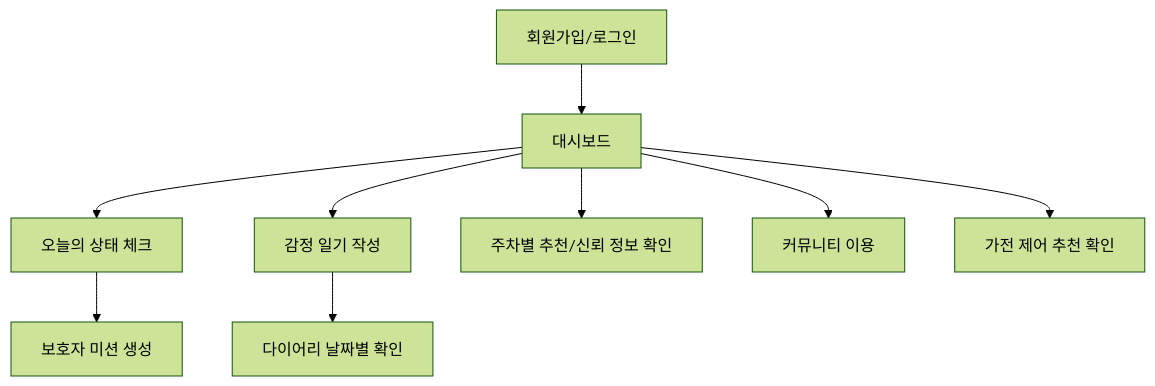
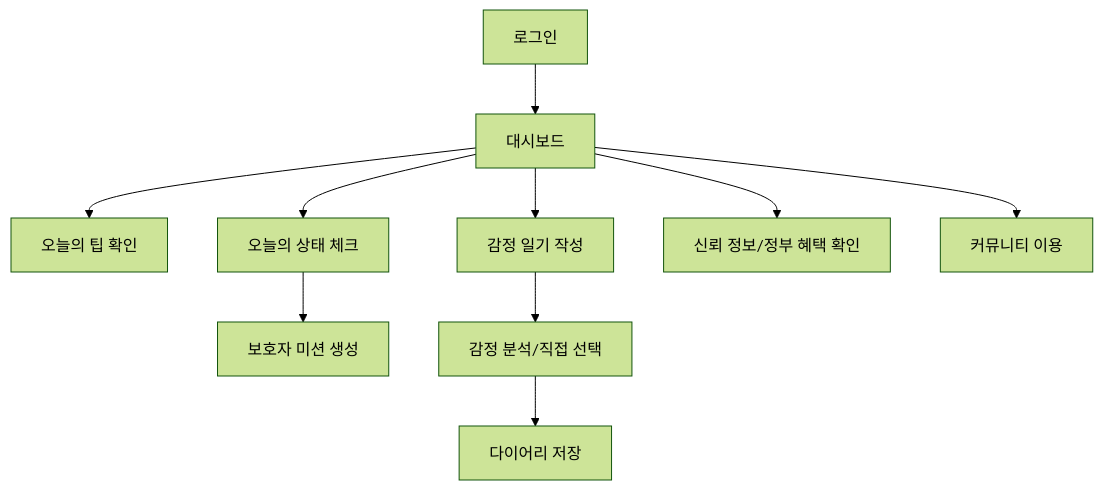
The first of 3 diagrams in 화면설계서_작성가이드.md (windycar/LG_E_DX_School-DX_Project), drawn with Mermaid (forest theme) before and after one commit. The commit also changed other lines of this file and 2 other files, not shown here.

````diff
--- a/화면설계서_작성가이드.md
+++ b/화면설계서_작성가이드.md
@@ -175,11 +238,12 @@
 ```mermaid
 flowchart TD
-    A["회원가입/로그인"] --> B["대시보드"]
-    B --> C["오늘의 상태 체크"]
-    C --> D["보호자 미션 생성"]
-    B --> E["감정 일기 작성"]
-    E --> F["다이어리 날짜별 확인"]
-    B --> G["주차별 추천/신뢰 정보 확인"]
-    B --> H["커뮤니티 이용"]
-    B --> I["가전 제어 추천 확인"]
+    A["로그인"] --> B["대시보드"]
+    B --> C["오늘의 팁 확인"]
+    B --> D["오늘의 상태 체크"]
+    D --> E["보호자 미션 생성"]
+    B --> F["감정 일기 작성"]
+    F --> G["감정 분석/직접 선택"]
+    G --> H["다이어리 저장"]
+    B --> I["신뢰 정보/정부 혜택 확인"]
+    B --> J["커뮤니티 이용"]
 ```
````
